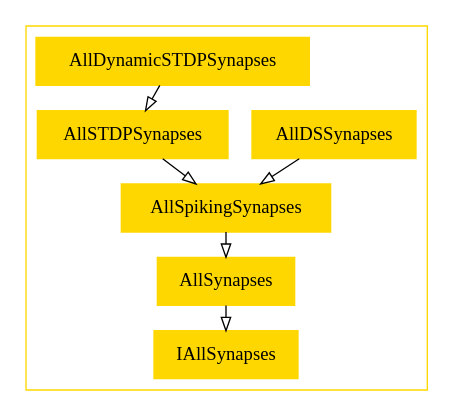
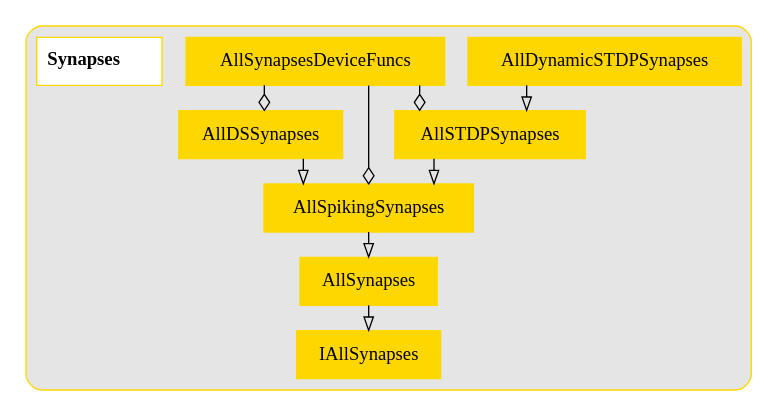
One commit to UWB-Biocomputing/BrainGrid changed the diagram in Tools/DiagramGenerator/ExampleOutputs/dot_subsystems/Synapses.dot. Above: the diagram before and after it, drawn with Graphviz. The commit also changed 28 other files, not shown here.

First line of the commit message:
dotGenerator update, new diagrams

```diff
--- a/Tools/DiagramGenerator/ExampleOutputs/dot_subsystems/Synapses.dot
+++ b/Tools/DiagramGenerator/ExampleOutputs/dot_subsystems/Synapses.dot
@@ -1,40 +1,49 @@
 digraph{
+	 graph [splines=ortho]
 
 	subgraph clusterSynapses {
+		style = rounded
+		bgcolor = grey90
 		color = gold
 		node [shape = record, color = gold];
 
 		AllDSSynapses[label = AllDSSynapses, style = filled];
 		AllDynamicSTDPSynapses[label = AllDynamicSTDPSynapses, style = filled];
 		AllSTDPSynapses[label = AllSTDPSynapses, style = filled];
 		AllSpikingSynapses[label = AllSpikingSynapses, style = filled];
 		AllSynapses[label = AllSynapses, style = filled];
+		AllSynapsesDeviceFuncs[label = AllSynapsesDeviceFuncs, style = filled];
 		IAllSynapses[label = IAllSynapses, style = filled];
+		Synapses[label =< <B> Synapses</B>>, style = bold, fillcolor = white, style = filled];
 
 
 		//------LAYOUT FOR SUBGRAPH------
 
 
 		rankdir = BT; // Rank Direction Bottom to Top
-		nodesep = 0.96; // Node Separation
-		ranksep = 0.96; // Rank Separation
+		nodesep = 1.3; // Node Separation
+		ranksep = 1.3; // Rank Separation
 
 
 		//INHERITANCE//
 
 
 		AllDSSynapses -> AllSpikingSynapses [arrowhead=empty];
 
 		AllDynamicSTDPSynapses -> AllSTDPSynapses [arrowhead=empty];
 
 		AllSTDPSynapses -> AllSpikingSynapses [arrowhead=empty];
 
 		AllSpikingSynapses -> AllSynapses [arrowhead=empty];
 
 		AllSynapses -> IAllSynapses [arrowhead=empty];
 
 
 		//COMPOSITION//
 
+
+		AllSynapsesDeviceFuncs -> AllDSSynapses [arrowhead=ediamond];
+		AllSynapsesDeviceFuncs -> AllSTDPSynapses [arrowhead=ediamond];
+		AllSynapsesDeviceFuncs -> AllSpikingSynapses [arrowhead=ediamond];
 	}//end subgraph Synapses
 }//end digraph
```
